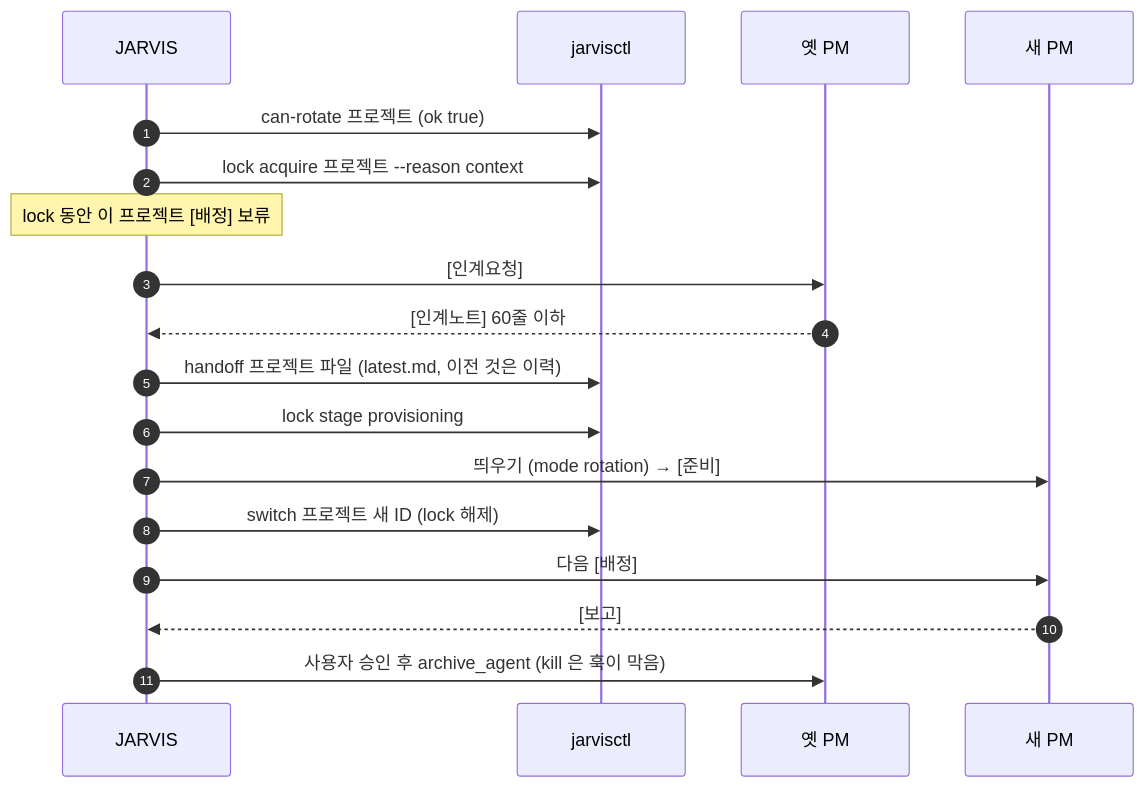
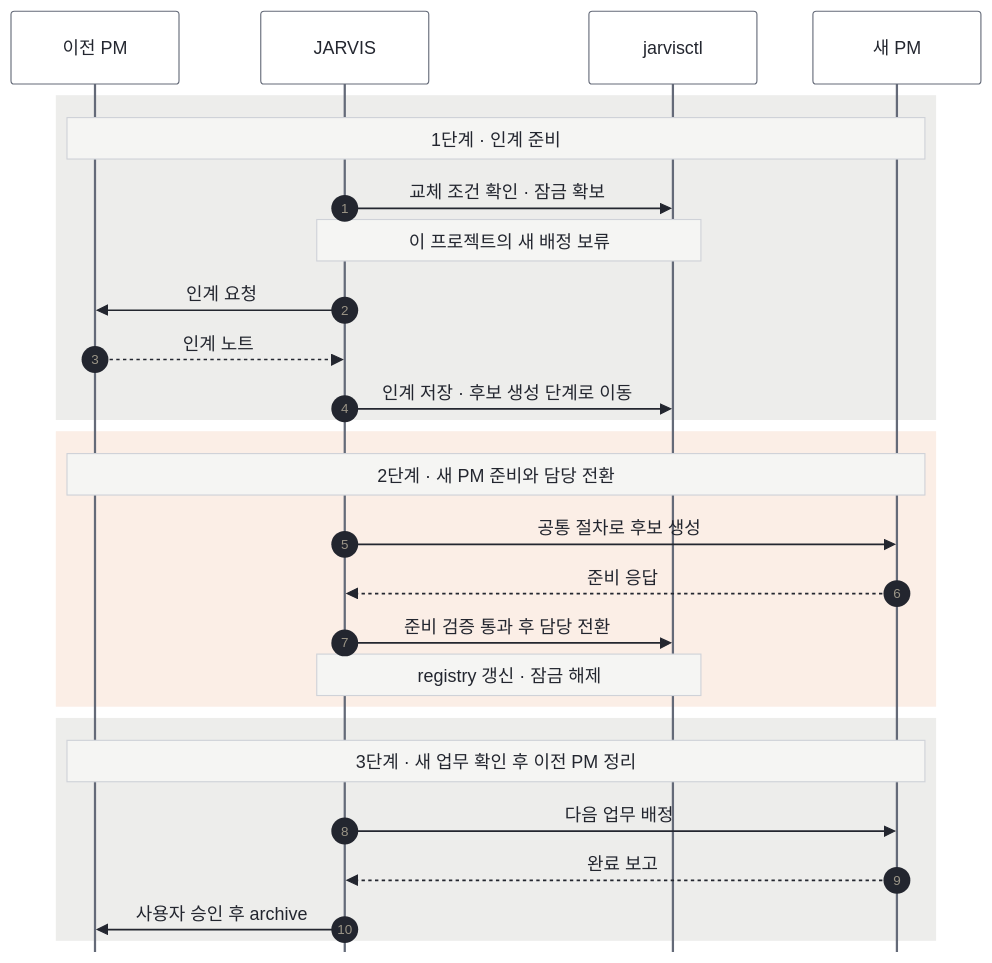
One commit to smdeveloper7/jarvis changed the sixth of 6 diagrams in docs/02_Agent_Lifecycle_Management.md. Above: the diagram before and after it, drawn with Mermaid. The commit also changed other lines of this file and 6 other files, not shown here.

Commit message:
docs: 관리정책 다이어그램 개선 및 문서 정리

````diff
--- a/docs/02_Agent_Lifecycle_Management.md
+++ b/docs/02_Agent_Lifecycle_Management.md
@@ -219,21 +209,30 @@
 ```mermaid
+%%{init: {"theme":"base","themeVariables":{"fontFamily":"Malgun Gothic, Noto Sans KR, sans-serif","fontSize":"16px","primaryColor":"#ffffff","primaryTextColor":"#23262f","primaryBorderColor":"#646a78","lineColor":"#646a78","secondaryColor":"#ededeb","tertiaryColor":"#f5f5f3","clusterBkg":"#f5f5f3","clusterBorder":"#cfd2d8","edgeLabelBackground":"#f5f5f3","actorBkg":"#ffffff","actorBorder":"#646a78","actorTextColor":"#23262f","noteBkgColor":"#f5f5f3","noteTextColor":"#23262f","noteBorderColor":"#cfd2d8"},"flowchart":{"htmlLabels":true,"curve":"stepAfter","nodeSpacing":32,"rankSpacing":48},"sequence":{"mirrorActors":false}}}%%
 sequenceDiagram
     autonumber
+    participant OLD as 이전 PM
     participant J as JARVIS
     participant C as jarvisctl
-    participant O as 옛 PM
-    participant N as 새 PM
-
-    J->>C: can-rotate 프로젝트 (ok true)
-    J->>C: lock acquire 프로젝트 --reason context
-    Note over J: lock 동안 이 프로젝트 [배정] 보류
-    J->>O: [인계요청]
-    O-->>J: [인계노트] 60줄 이하
-    J->>C: handoff 프로젝트 파일 (latest.md, 이전 것은 이력)
-    J->>C: lock stage provisioning
-    J->>N: 띄우기 (mode rotation) → [준비]
-    J->>C: switch 프로젝트 새 ID (lock 해제)
-    J->>N: 다음 [배정]
-    N-->>J: [보고]
-    J->>O: 사용자 승인 후 archive_agent (kill 은 훅이 막음)
+    participant NEW as 새 PM
+    rect rgb(237, 237, 235)
+        Note over OLD,NEW: 1단계 · 인계 준비
+        J->>C: 교체 조건 확인 · 잠금 확보
+        Note over J,C: 이 프로젝트의 새 배정 보류
+        J->>OLD: 인계 요청
+        OLD-->>J: 인계 노트
+        J->>C: 인계 저장 · 후보 생성 단계로 이동
+    end
+    rect rgb(251, 238, 230)
+        Note over OLD,NEW: 2단계 · 새 PM 준비와 담당 전환
+        J->>NEW: 공통 절차로 후보 생성
+        NEW-->>J: 준비 응답
+        J->>C: 준비 검증 통과 후 담당 전환
+        Note over J,C: registry 갱신 · 잠금 해제
+    end
+    rect rgb(237, 237, 235)
+        Note over OLD,NEW: 3단계 · 새 업무 확인 후 이전 PM 정리
+        J->>NEW: 다음 업무 배정
+        NEW-->>J: 완료 보고
+        J->>OLD: 사용자 승인 후 archive
+    end
 ```
````
